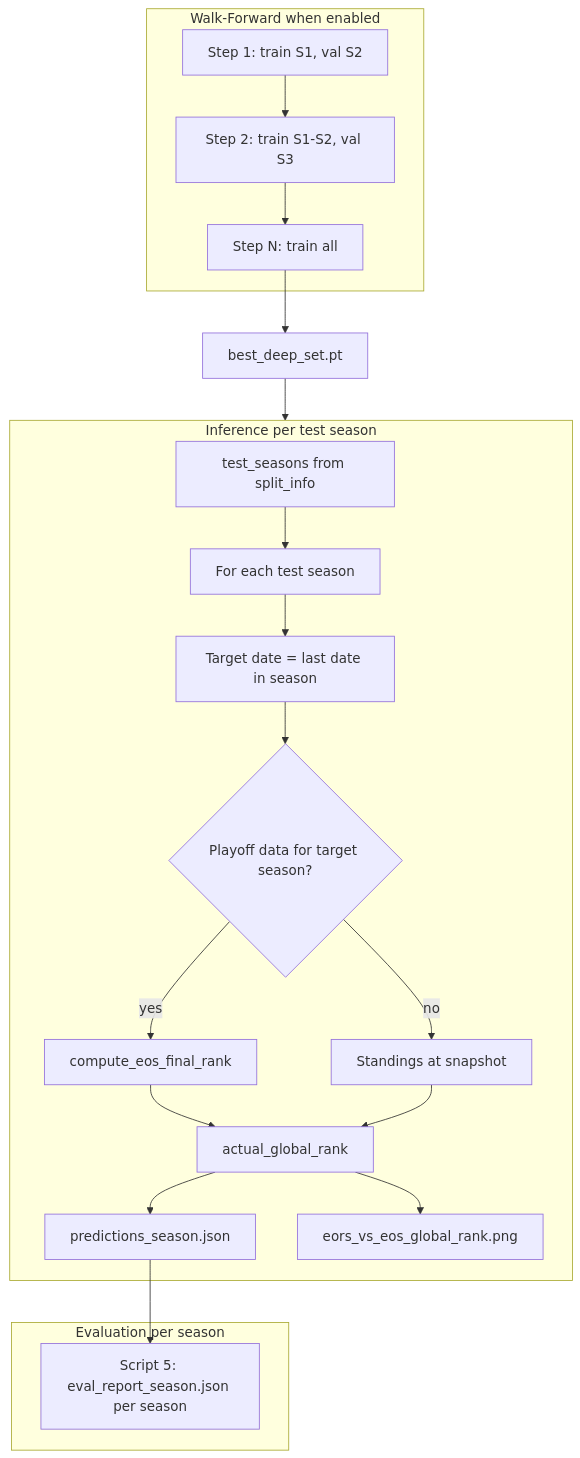
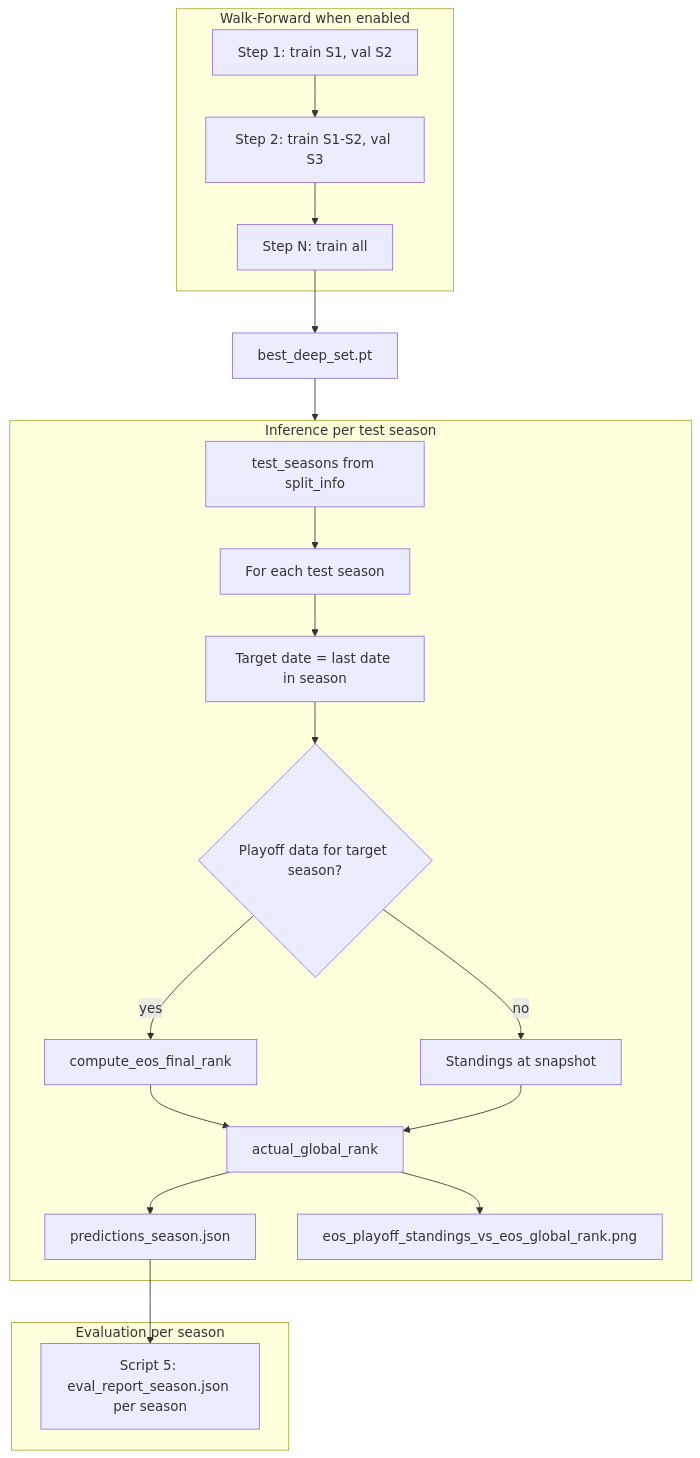
One commit to Tmaku18/NBA-Playoff-Strength-Project changed the diagram in .cursor/plans/walk_forward_and_eos_final_rank_combined.plan.md. Above: the diagram before and after it, drawn with Mermaid. The commit also changed other lines of this file and 68 other files, not shown here.

````diff
--- a/.cursor/plans/walk_forward_and_eos_final_rank_combined.plan.md
+++ b/.cursor/plans/walk_forward_and_eos_final_rank_combined.plan.md
@@ -270,38 +270,38 @@
 ```mermaid
 flowchart TD
     subgraph wf [Walk-Forward when enabled]
         S1[Step 1: train S1, val S2]
         S2[Step 2: train S1-S2, val S3]
         SN[Step N: train all]
         S1 --> S2 --> SN
     end
 
     subgraph inf [Inference per test season]
         TestSeasons[test_seasons from split_info]
         Loop[For each test season]
         Snapshot[Target date = last date in season]
         Playoffs{Playoff data for target season?}
         Standings[Standings at snapshot]
         EOSRank[compute_eos_final_rank]
         Actual[actual_global_rank]
         PredFile[predictions_season.json]
-        Graph[eors_vs_eos_global_rank.png]
+        Graph[eos_playoff_standings_vs_eos_global_rank.png]
         TestSeasons --> Loop
         Loop --> Snapshot
         Snapshot --> Playoffs
         Playoffs -->|yes| EOSRank
         Playoffs -->|no| Standings
         EOSRank --> Actual
         Standings --> Actual
         Actual --> PredFile
         Actual --> Graph
     end
 
     subgraph eval [Evaluation per season]
         Eval5[Script 5: eval_report_season.json per season]
     end
 
     SN --> best[best_deep_set.pt]
     best --> inf
     PredFile --> Eval5
 ```
````
